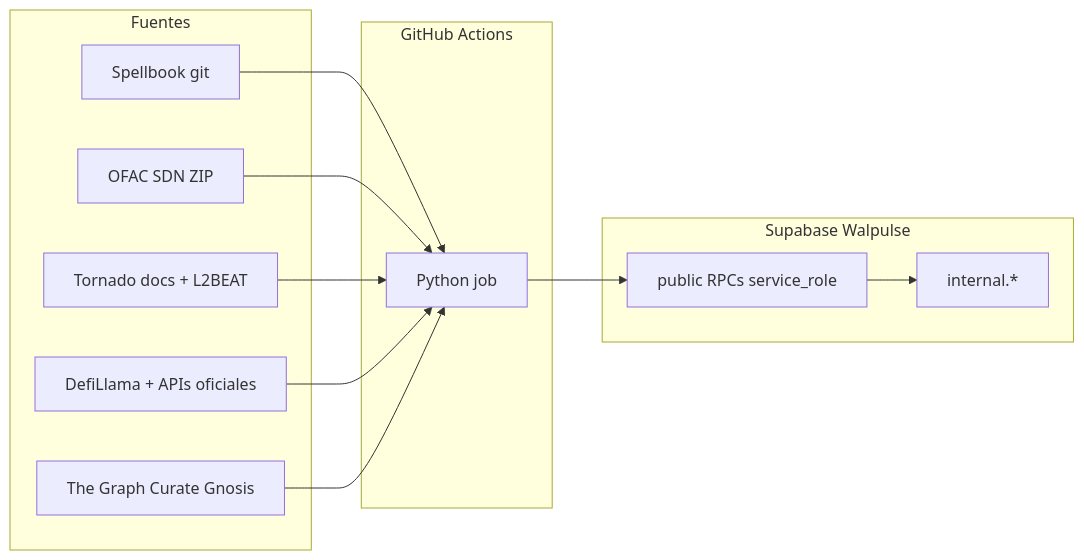
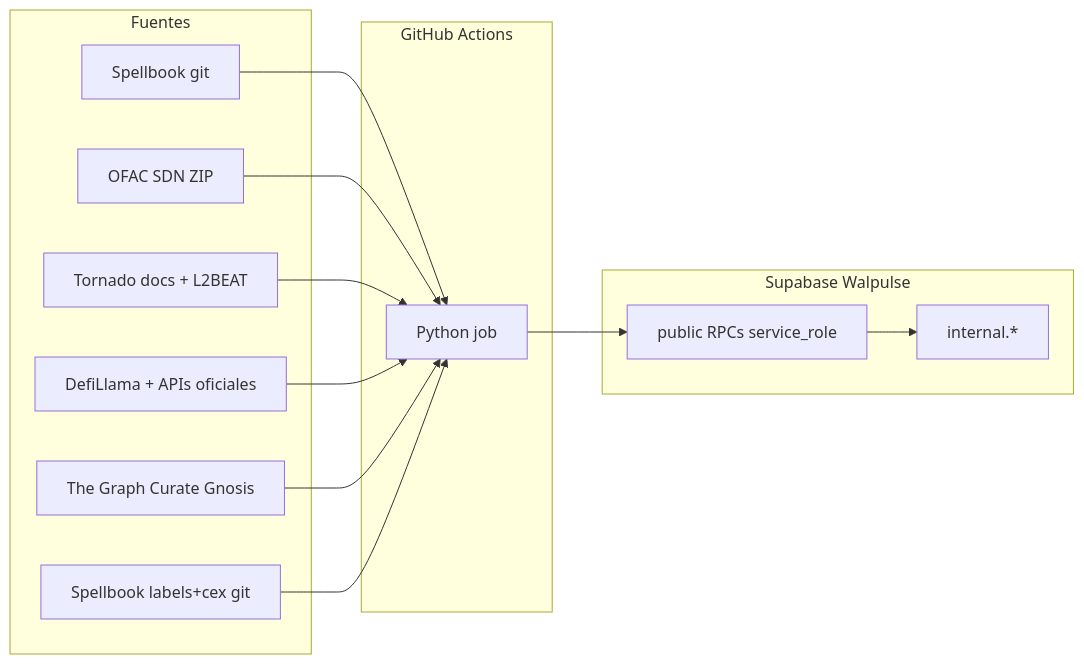
Before and after one commit to walpulse/workers: the diagram in docs/ARCHITECTURE.md, drawn with Mermaid. The commit also changed other lines of this file and 13 other files, not shown here.

First line of the commit message:
Add spellbook_labels worker to sync static Spellbook labels into Supabase.

````diff
--- a/docs/ARCHITECTURE.md
+++ b/docs/ARCHITECTURE.md
@@ -7,23 +7,25 @@
 ```mermaid
 flowchart LR
   subgraph sources [Fuentes]
     SB[Spellbook git]
     OFAC[OFAC SDN ZIP]
     MIX[Tornado docs + L2BEAT]
     BR[DefiLlama + APIs oficiales]
     KS[The Graph Curate Gnosis]
+    SL[Spellbook labels+cex git]
   end
   subgraph gha [GitHub Actions]
     W[Python job]
   end
   subgraph supa [Supabase Walpulse]
     RPC[public RPCs service_role]
     INT[internal.*]
   end
   SB --> W
   OFAC --> W
   MIX --> W
   BR --> W
   KS --> W
+  SL --> W
   W --> RPC --> INT
 ```
````
